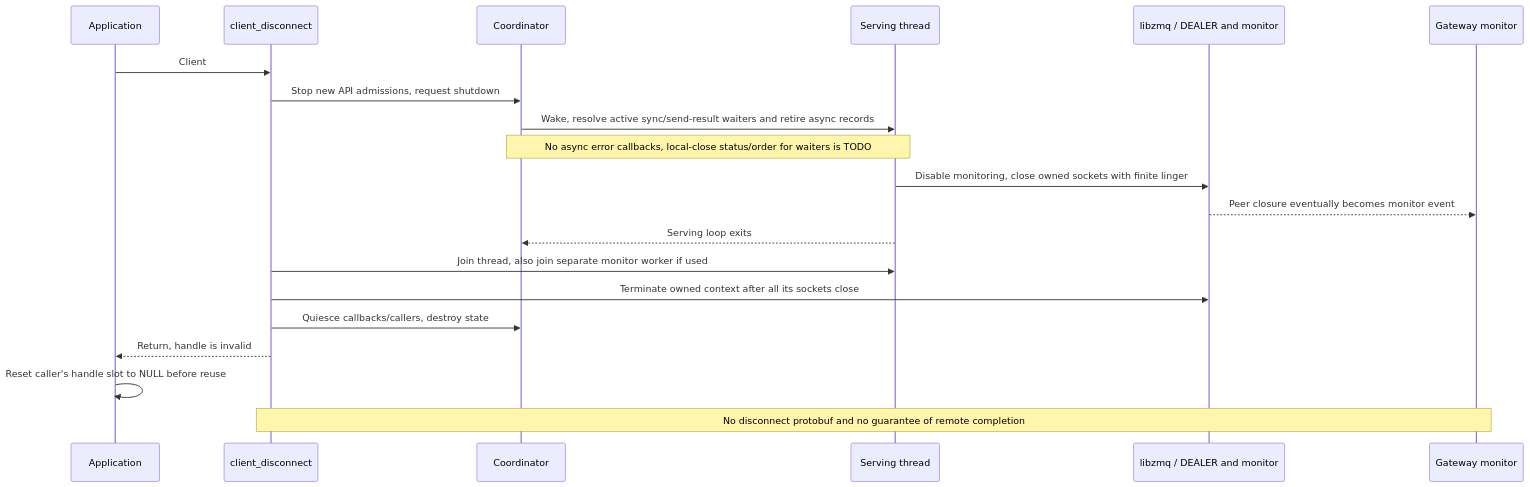
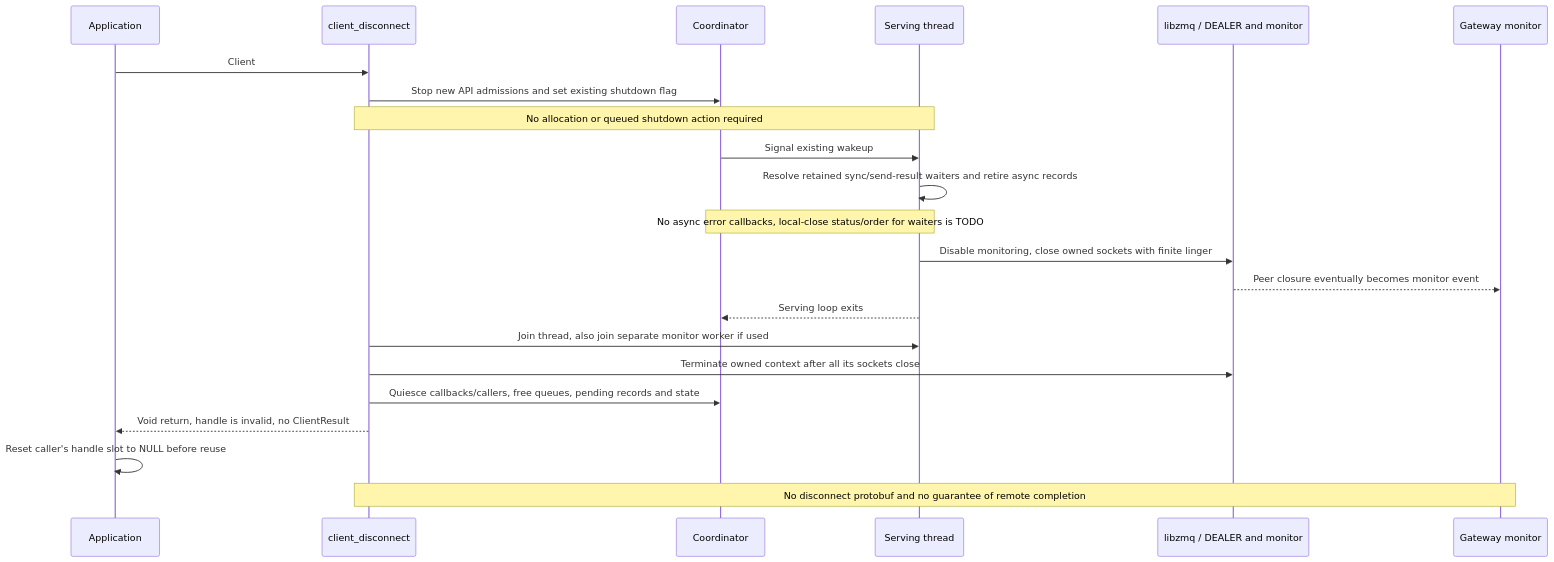
Diagram 15 of 30 in doc/EyilSecureGateway.md (rdkcentral/eyil-secure-gateway), drawn with Mermaid before and after one commit. The commit also changed other lines of this file and 1 other file, not shown here.

````diff
--- a/doc/EyilSecureGateway.md
+++ b/doc/EyilSecureGateway.md
@@ -1631,22 +1868,24 @@
 ```mermaid
 sequenceDiagram
     participant A as Application
     participant API as client_disconnect
     participant C as Coordinator
     participant IO as Serving thread
     participant Z as libzmq / DEALER and monitor
     participant G as Gateway monitor
     A->>API: Client
-    API->>C: Stop new API admissions, request shutdown
-    C->>IO: Wake, resolve active sync/send-result waiters and retire async records
+    API->>C: Stop new API admissions and set existing shutdown flag
+    Note over API,IO: No allocation or queued shutdown action required
+    C->>IO: Signal existing wakeup
+    IO->>IO: Resolve retained sync/send-result waiters and retire async records
     Note over C,IO: No async error callbacks, local-close status/order for waiters is TODO
     IO->>Z: Disable monitoring, close owned sockets with finite linger
     Z-->>G: Peer closure eventually becomes monitor event
     IO-->>C: Serving loop exits
     API->>IO: Join thread, also join separate monitor worker if used
     API->>Z: Terminate owned context after all its sockets close
-    API->>C: Quiesce callbacks/callers, destroy state
-    API-->>A: Return, handle is invalid
+    API->>C: Quiesce callbacks/callers, free queues, pending records and state
+    API-->>A: Void return, handle is invalid, no ClientResult
     A->>A: Reset caller's handle slot to NULL before reuse
     Note over API,G: No disconnect protobuf and no guarantee of remote completion
 ```
````
